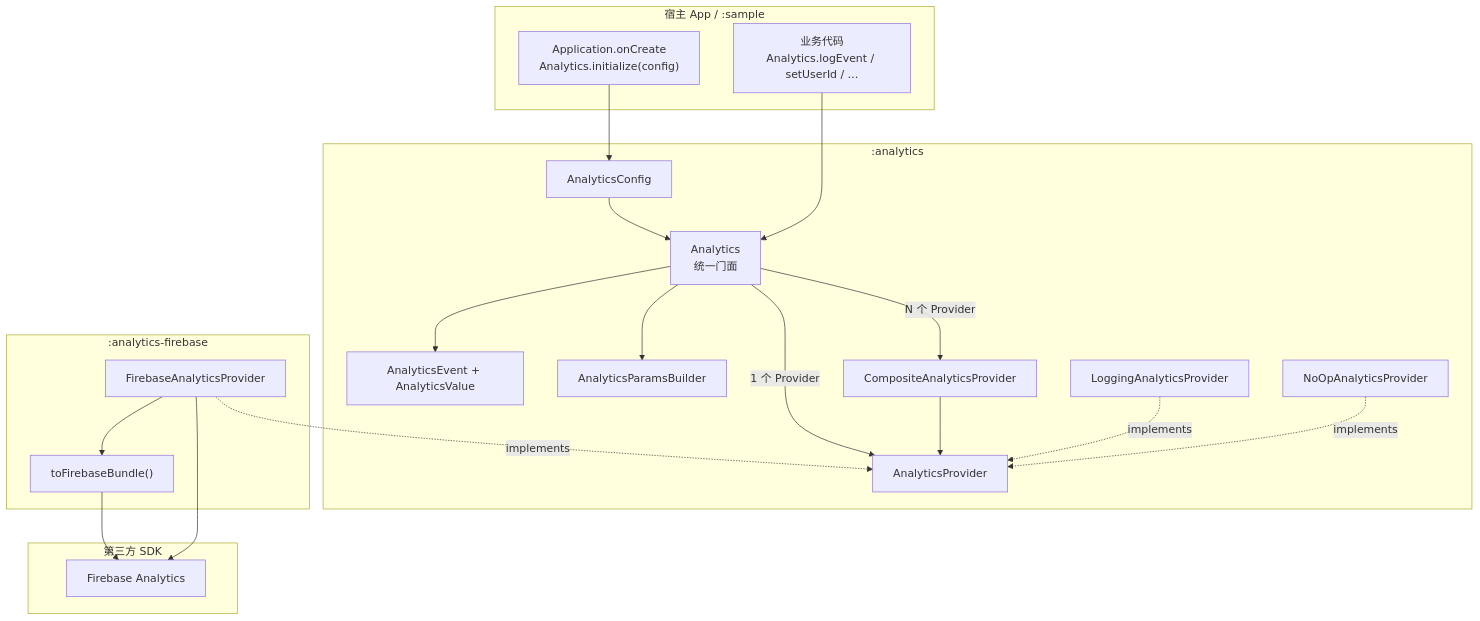
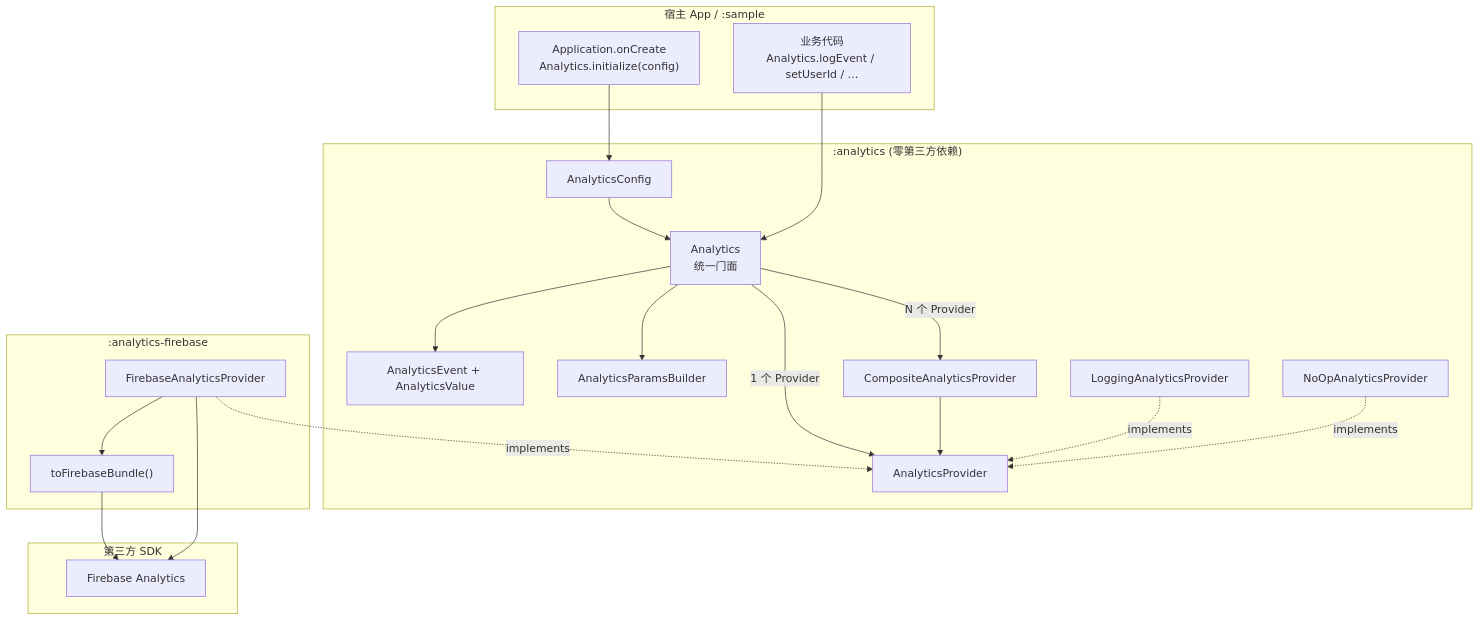
The first of 2 diagrams in README.md (e-hai/AnalyticsKit-Android), drawn with Mermaid before and after one commit. The commit also changed other lines of this file and 2 other files, not shown here.

````diff
--- a/README.md
+++ b/README.md
@@ -7,42 +19,42 @@
 ```mermaid
 flowchart TB
     subgraph App["宿主 App / :sample"]
         AppCode["业务代码<br/>Analytics.logEvent / setUserId / …"]
         Init["Application.onCreate<br/>Analytics.initialize(config)"]
     end
 
-    subgraph Core[":analytics"]
+    subgraph Core[":analytics (零第三方依赖)"]
         Facade["Analytics<br/>统一门面"]
         Config["AnalyticsConfig"]
         Event["AnalyticsEvent + AnalyticsValue"]
         DSL["AnalyticsParamsBuilder"]
         SPI["AnalyticsProvider"]
         Composite["CompositeAnalyticsProvider"]
         Logging["LoggingAnalyticsProvider"]
         NoOp["NoOpAnalyticsProvider"]
     end
 
     subgraph FirebaseMod[":analytics-firebase"]
         FbProvider["FirebaseAnalyticsProvider"]
         BundleMap["toFirebaseBundle()"]
     end
 
     subgraph Vendor["第三方 SDK"]
         FA["Firebase Analytics"]
     end
 
     Init --> Config
     Config --> Facade
     AppCode --> Facade
     Facade --> Event
     Facade --> DSL
     Facade -->|"1 个 Provider"| SPI
     Facade -->|"N 个 Provider"| Composite
     Composite --> SPI
     Logging -.->|implements| SPI
     NoOp -.->|implements| SPI
     FbProvider -.->|implements| SPI
     FbProvider --> BundleMap
     BundleMap --> FA
     FbProvider --> FA
 ```
````
